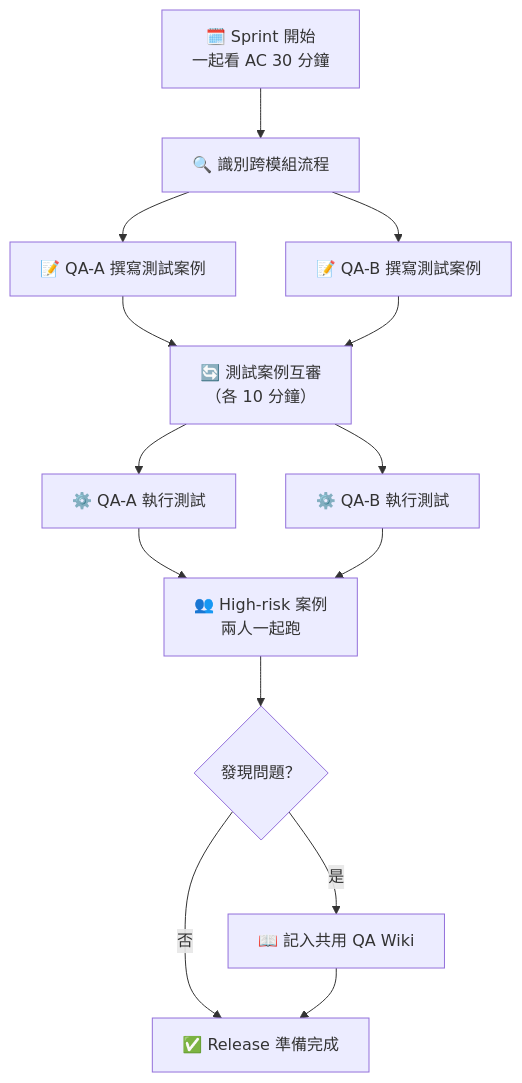
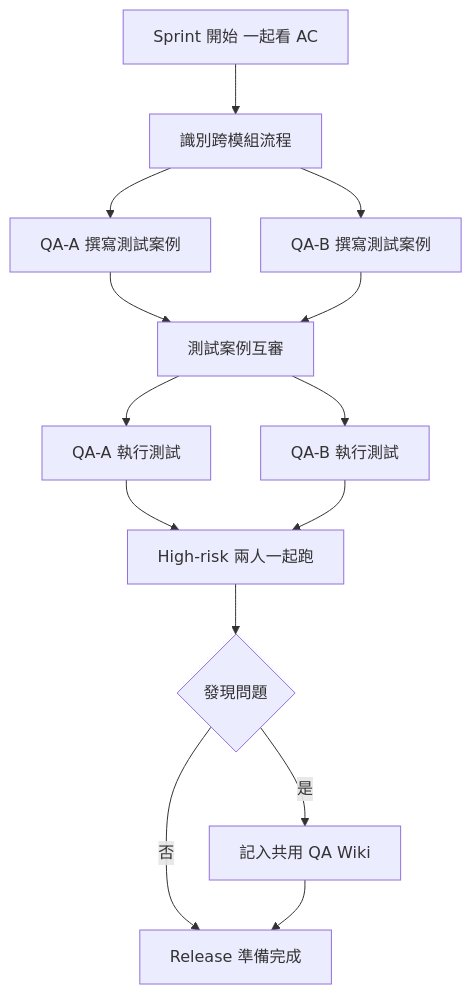
Before and after one commit to jimmyhong065/jimmy-hong-portfolio: the diagram in docs/drafts/qa-team-collaboration.md, drawn with Mermaid. The commit also changed 28 other files, not shown here.

````diff
--- a/docs/drafts/qa-team-collaboration.md
+++ b/docs/drafts/qa-team-collaboration.md
@@ -59,16 +59,16 @@
 ```mermaid
 flowchart TD
-    A["🗓️ Sprint 開始\n一起看 AC 30 分鐘"] --> B["🔍 識別跨模組流程"]
-    B --> C1["📝 QA-A 撰寫測試案例"]
-    B --> C2["📝 QA-B 撰寫測試案例"]
-    C1 --> D["🔄 測試案例互審\n（各 10 分鐘）"]
+    A[Sprint 開始 一起看 AC] --> B[識別跨模組流程]
+    B --> C1[QA-A 撰寫測試案例]
+    B --> C2[QA-B 撰寫測試案例]
+    C1 --> D[測試案例互審]
     C2 --> D
-    D --> E1["⚙️ QA-A 執行測試"]
-    D --> E2["⚙️ QA-B 執行測試"]
-    E1 --> F["👥 High-risk 案例\n兩人一起跑"]
+    D --> E1[QA-A 執行測試]
+    D --> E2[QA-B 執行測試]
+    E1 --> F[High-risk 兩人一起跑]
     E2 --> F
-    F --> G{"發現問題？"}
-    G -->|"是"| H["📖 記入共用 QA Wiki"]
-    G -->|"否"| I["✅ Release 準備完成"]
+    F --> G{發現問題}
+    G -->|是| H[記入共用 QA Wiki]
+    G -->|否| I[Release 準備完成]
     H --> I
 ```
````
